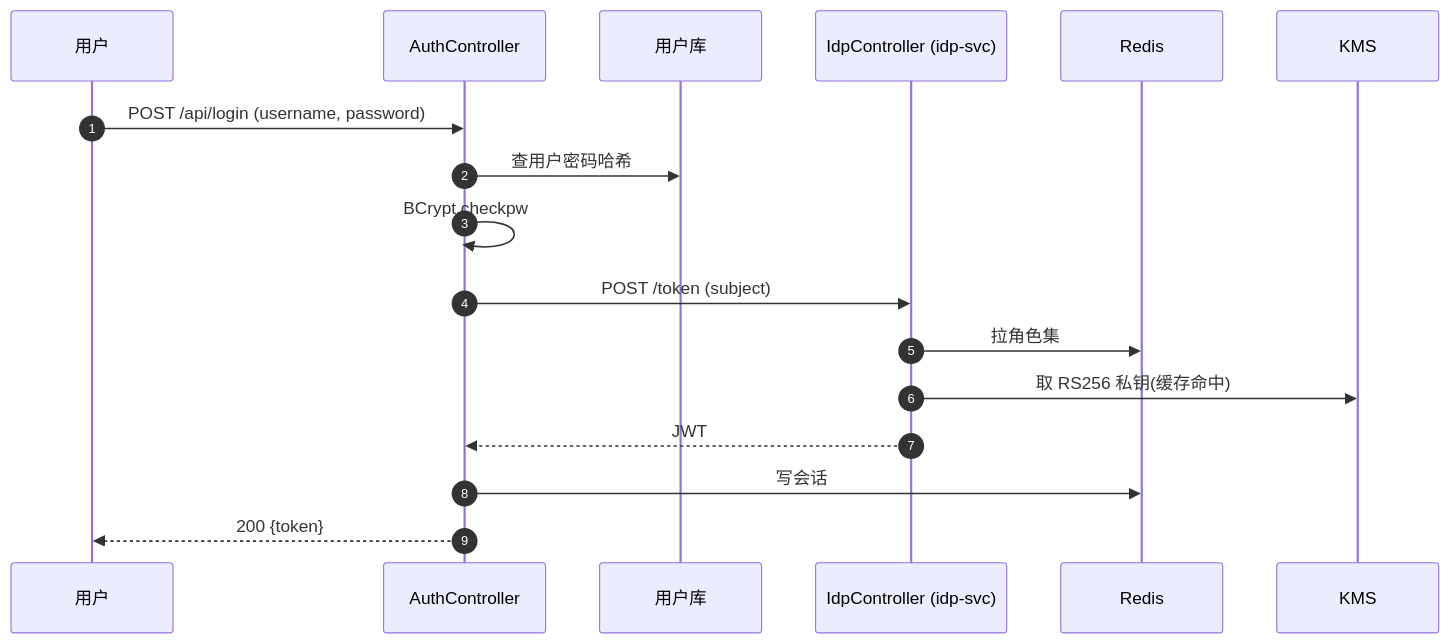
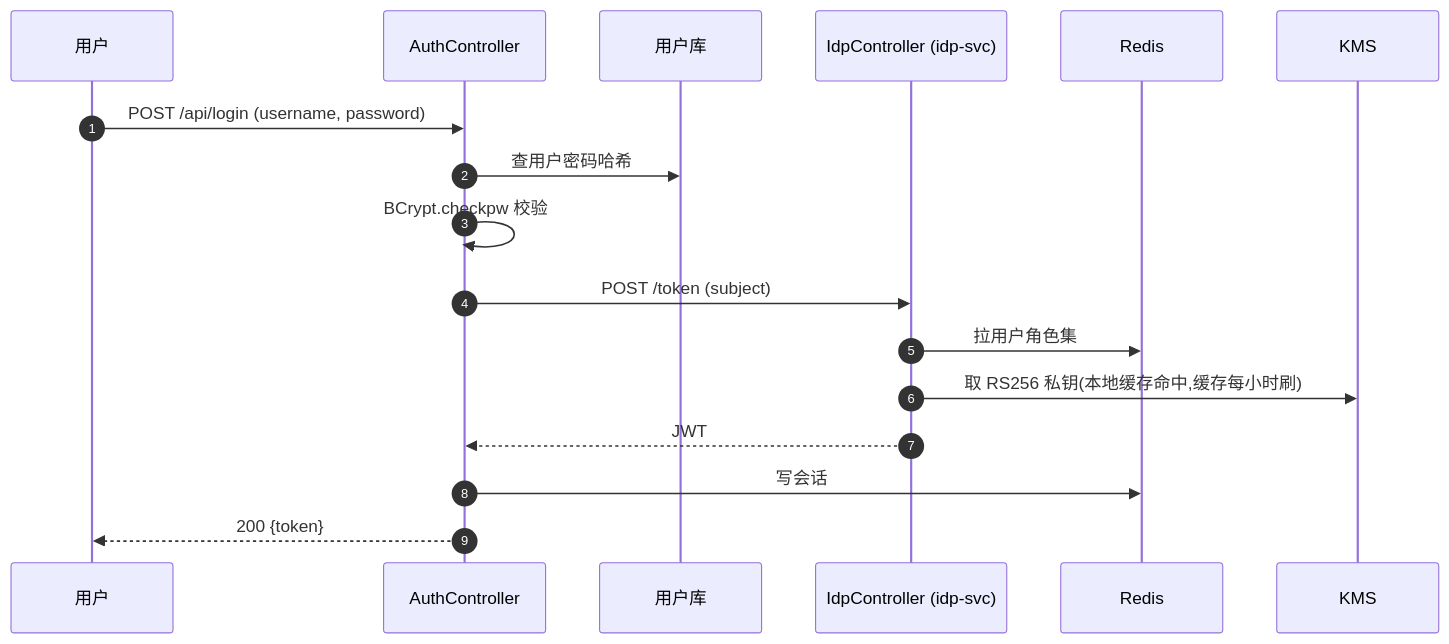
One commit to gcf0082/biz-flow-recon changed the diagram in templates/default.md. Above: the diagram before and after it, drawn with Mermaid. The commit also changed other lines of this file and 2 other files, not shown here.

````diff
--- a/templates/default.md
+++ b/templates/default.md
@@ -36,20 +29,20 @@
 ```mermaid
 sequenceDiagram
     autonumber
     participant U as 用户
     participant A as AuthController
     participant DB as 用户库
     participant IDP as IdpController (idp-svc)
     participant R as Redis
     participant K as KMS
 
     U->>A: POST /api/login (username, password)
     A->>DB: 查用户密码哈希
-    A->>A: BCrypt.checkpw
+    A->>A: BCrypt.checkpw 校验
     A->>IDP: POST /token (subject)
-    IDP->>R: 拉角色集
-    IDP->>K: 取 RS256 私钥(缓存命中)
+    IDP->>R: 拉用户角色集
+    IDP->>K: 取 RS256 私钥(本地缓存命中,缓存每小时刷)
     IDP-->>A: JWT
     A->>R: 写会话
     A-->>U: 200 {token}
 ```
````
